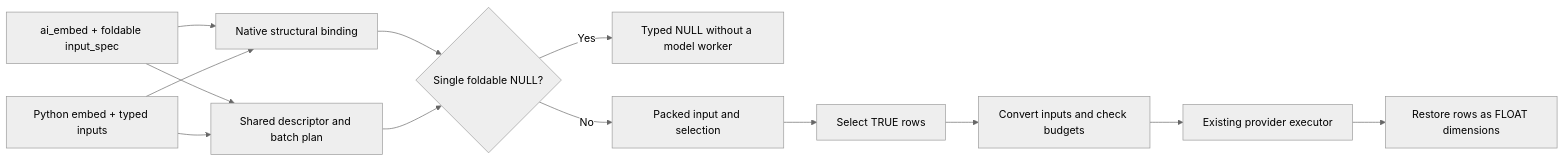
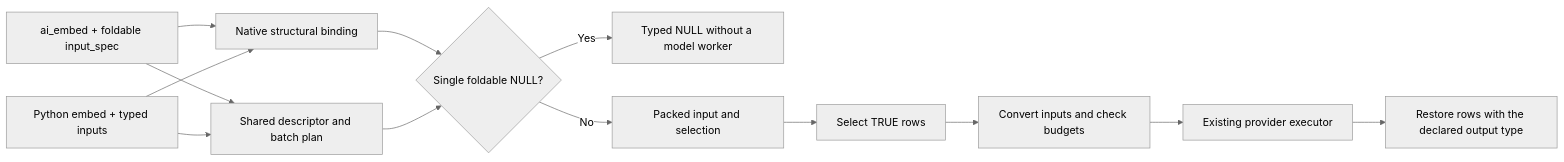
The tenth of 10 diagrams in EMBEDDING_DESIGN.md (AstroVela/vane), drawn with Mermaid (neutral theme) before and after one commit. The commit also changed other lines of this file and 9 other files, not shown here.

````diff
--- a/EMBEDDING_DESIGN.md
+++ b/EMBEDDING_DESIGN.md
@@ -755,15 +822,15 @@
 ```mermaid
 flowchart LR
     SQL[ai_embed + foldable input_spec] --> B[Native structural binding]
     PY[Python embed + typed inputs] --> B
     SQL --> P[Shared descriptor and batch plan]
     PY --> P
     B --> N{Single foldable NULL?}
     P --> N
     N -->|Yes| Z[Typed NULL without a model worker]
     N -->|No| U[Packed input and selection]
     U --> S[Select TRUE rows]
     S --> C[Convert inputs and check budgets]
     C --> E[Existing provider executor]
-    E --> R[Restore rows as FLOAT dimensions]
+    E --> R[Restore rows with the declared output type]
 ```
````
